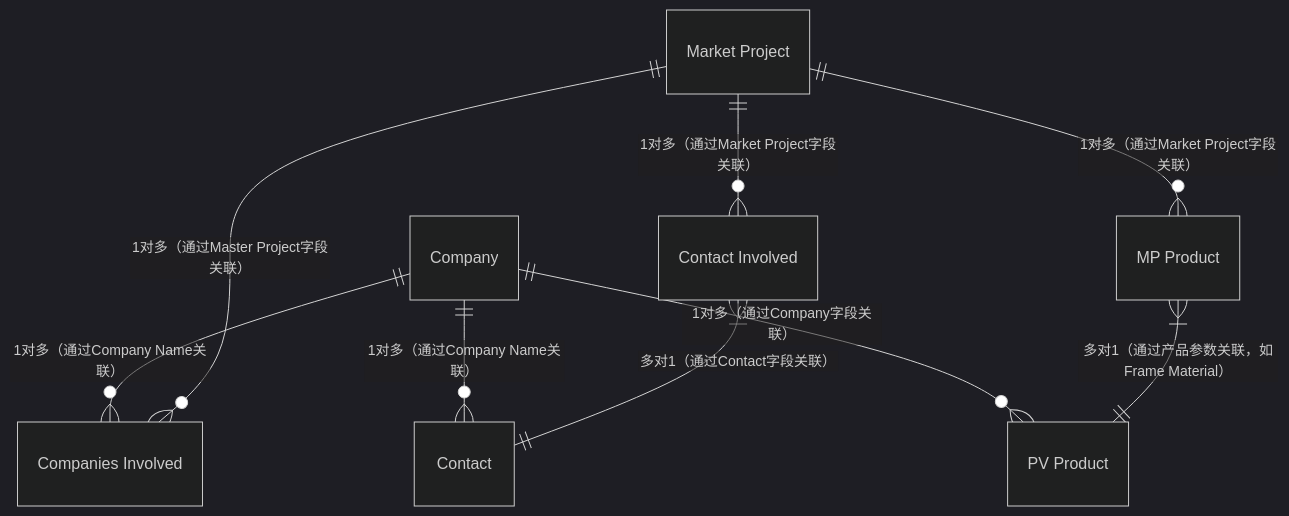
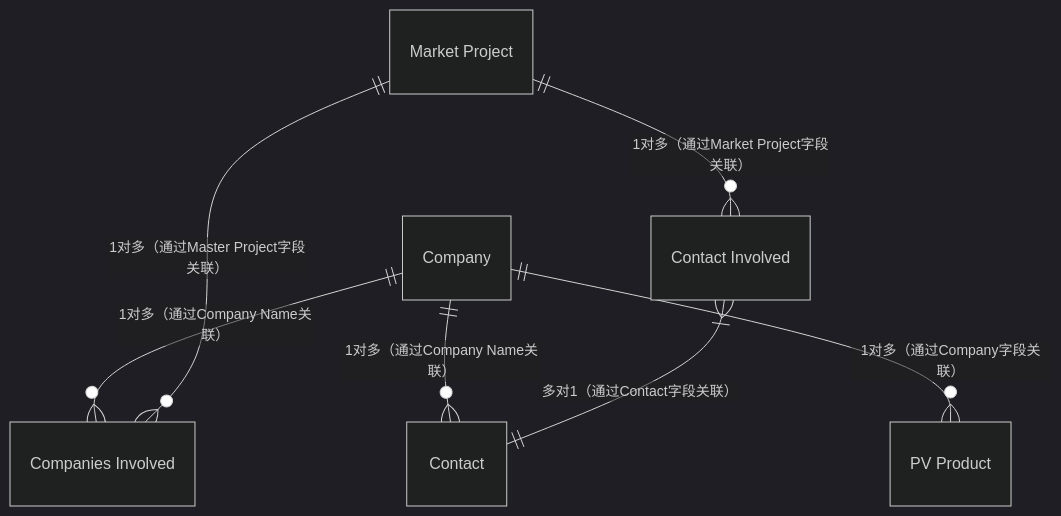
Before and after one commit to zhangziru-33/iodraw-files: the diagram in all/未命名.md, drawn with Mermaid (dark theme).

Commit message:
2025-12-04 13:36:34 update

````diff
--- a/all/未命名.md
+++ b/all/未命名.md
@@ -1,11 +1,10 @@
 ```mermaid
 erDiagram
     Company ||--o{ "Companies Involved" : "1对多（通过Company Name关联）"
     Company ||--o{ "PV Product" : "1对多（通过Company字段关联）"
     Company ||--o{ "Contact" : "1对多（通过Company Name关联）"
     "Market Project" ||--o{ "Companies Involved" : "1对多（通过Master Project字段关联）"
     "Market Project" ||--o{ "Contact Involved" : "1对多（通过Market Project字段关联）"
-    "Market Project" ||--o{ "MP Product" : "1对多（通过Market Project字段关联）"
-    "MP Product" }|--|| "PV Product" : "多对1（通过产品参数关联，如Frame Material）"
+
     "Contact Involved" }|--|| "Contact" : "多对1（通过Contact字段关联）"
 ```
````
